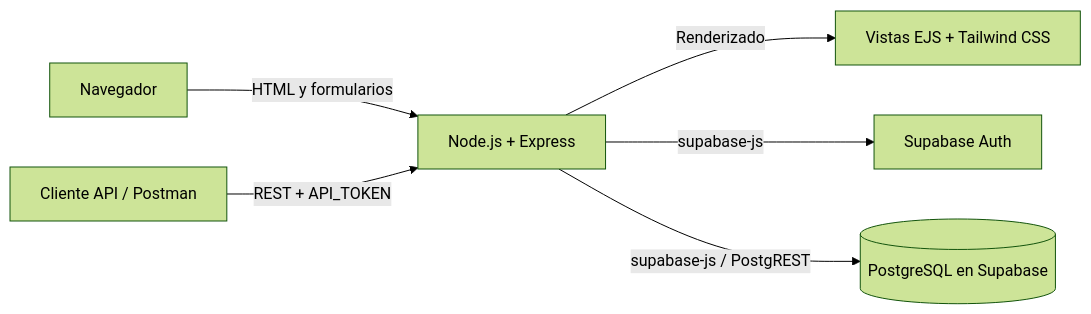
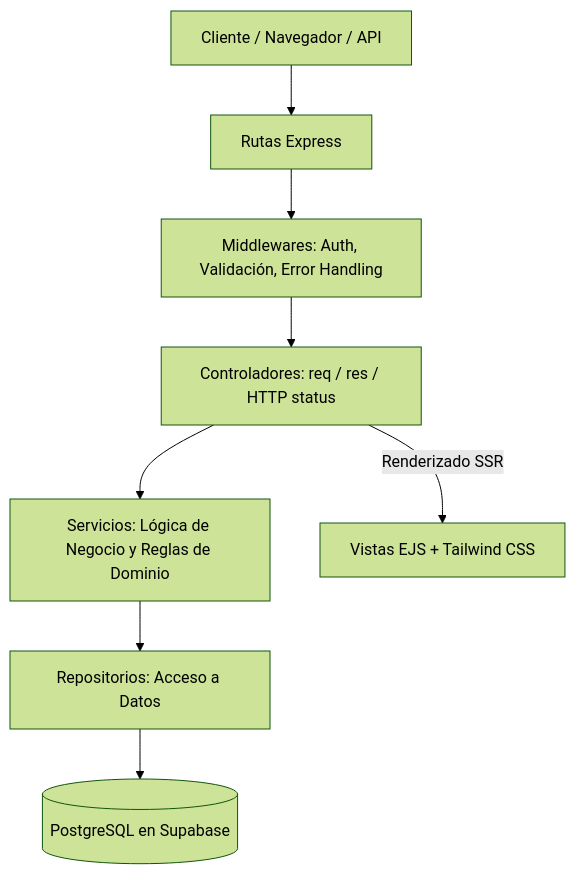
One commit to guidovarela/Reservably_PP2 changed the diagram in README.md. Above: the diagram before and after it, drawn with Mermaid (forest theme). The commit also changed other lines of this file and 20 other files, not shown here.

First line of the commit message:
refactor & test: decouple architecture into controller, service, and repository layers

````diff
--- a/README.md
+++ b/README.md
@@ -7,8 +9,10 @@
 ```mermaid
-flowchart LR
-    Browser[Navegador] -->|HTML y formularios| Express[Node.js + Express]
-    Express -->|Renderizado| EJS[Vistas EJS + Tailwind CSS]
-    Express -->|supabase-js| SupabaseAuth[Supabase Auth]
-    Express -->|supabase-js / PostgREST| Postgres[(PostgreSQL en Supabase)]
-    API[Cliente API / Postman] -->|REST + API_TOKEN| Express
+flowchart TD
+    Client[Cliente / Navegador / API] --> Routes[Rutas Express]
+    Routes --> Middlewares[Middlewares: Auth, Validación, Error Handling]
+    Middlewares --> Controllers[Controladores: req / res / HTTP status]
+    Controllers --> Services[Servicios: Lógica de Negocio y Reglas de Dominio]
+    Services --> Repositories[Repositorios: Acceso a Datos]
+    Repositories --> Supabase[(PostgreSQL en Supabase)]
+    Controllers -->|Renderizado SSR| Views[Vistas EJS + Tailwind CSS]
 ```
````
